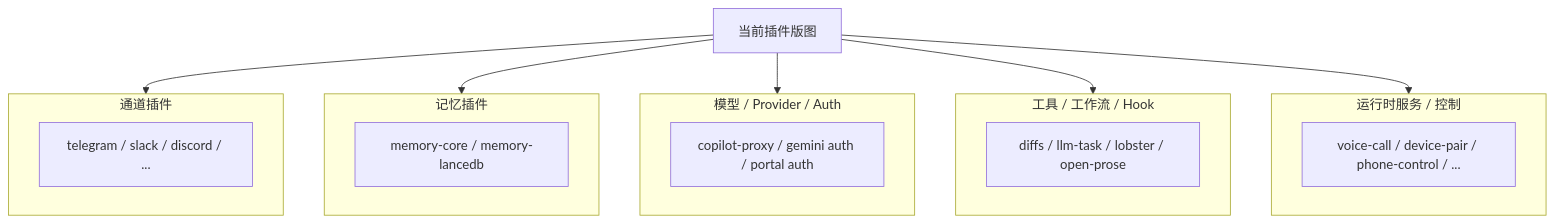
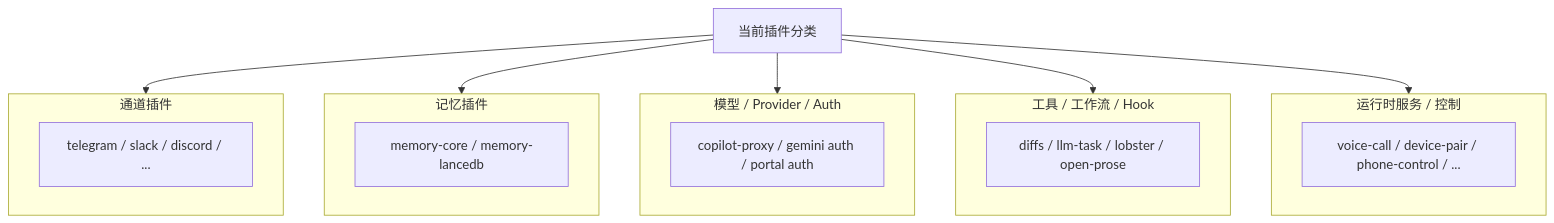
The second of 9 diagrams in source/_posts/2026-03-14-插件系统.md (Qxiaoqi/blog-solitude), drawn with Mermaid before and after one commit. The commit also changed other lines of this file and 7 other files, not shown here.

```diff
--- a/source/_posts/2026-03-14-插件系统.md
+++ b/source/_posts/2026-03-14-插件系统.md
@@ -120,35 +120,35 @@
 {% mermaid %}
 flowchart TD
-    P["当前插件版图"]
+    P["当前插件分类"]
 
     subgraph C["通道插件"]
         direction LR
         C1["telegram / slack / discord / ..."]
     end
 
     subgraph M["记忆插件"]
         direction LR
         M1["memory-core / memory-lancedb"]
     end
 
     subgraph A["模型 / Provider / Auth"]
         direction LR
         A1["copilot-proxy / gemini auth / portal auth"]
     end
 
     subgraph T["工具 / 工作流 / Hook"]
         direction LR
         T1["diffs / llm-task / lobster / open-prose"]
     end
 
     subgraph R["运行时服务 / 控制"]
         direction LR
         R1["voice-call / device-pair / phone-control / ..."]
     end
 
     P --> C
     P --> M
     P --> A
     P --> T
     P --> R
 {% endmermaid %}
```
